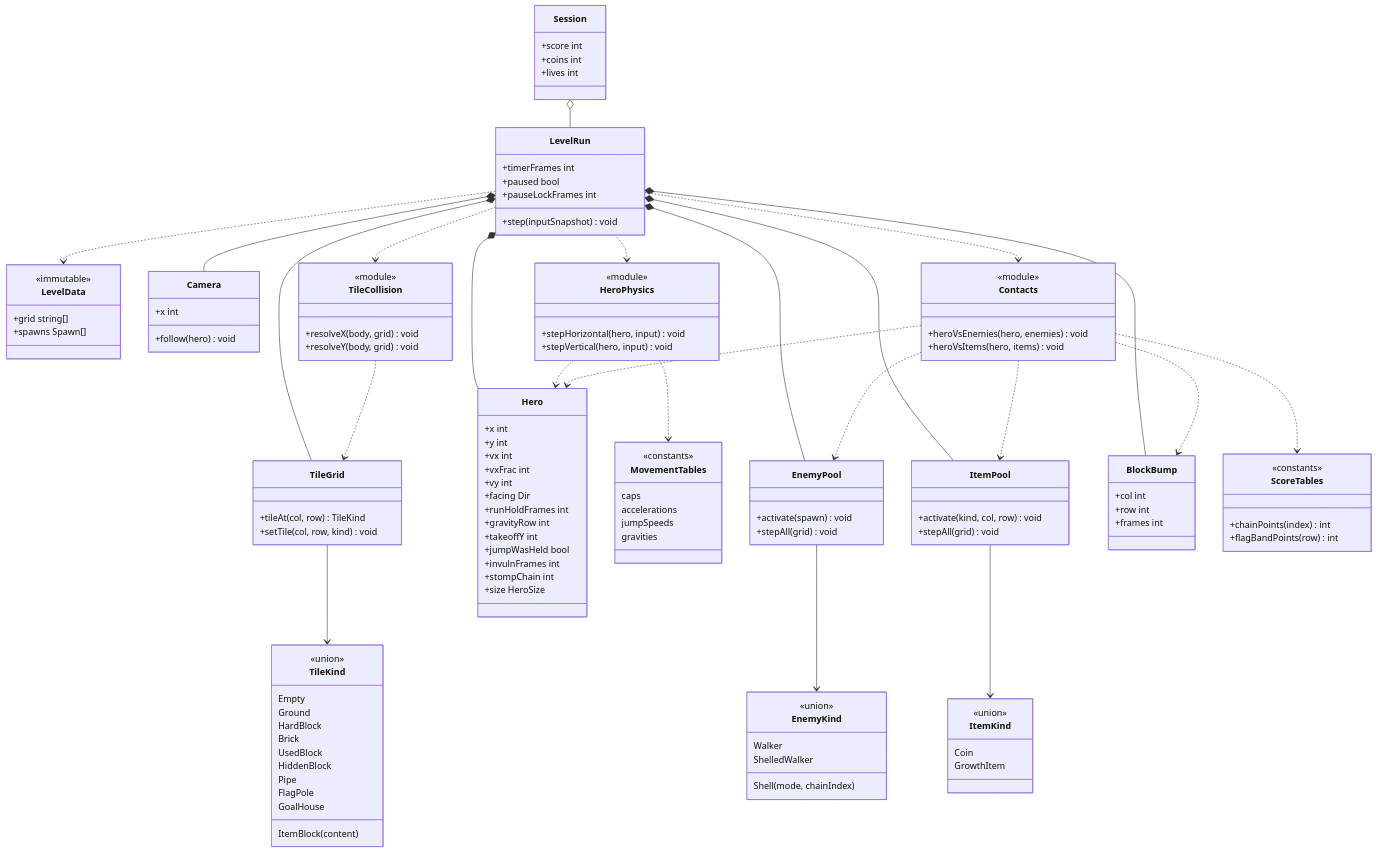
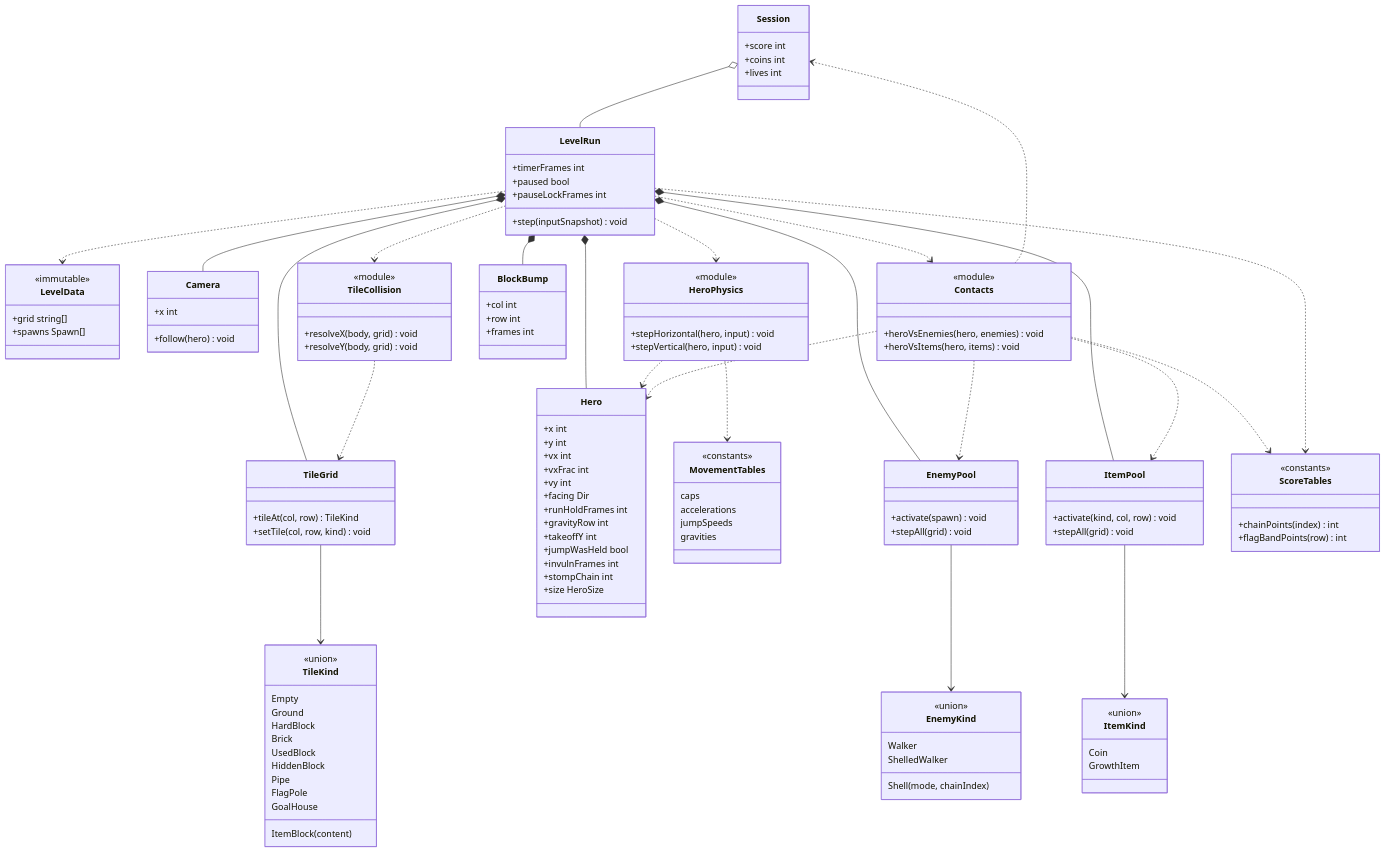
One commit to benoit-bremaud/retro-plumber changed the diagram in docs/architecture/diagrams/gameplay/04-class-domain.md. Above: the diagram before and after it, drawn with Mermaid. The commit also changed other lines of this file and 2 other files, not shown here.

Commit message:
docs(uml): in-place step flow, mutable records, Contacts and LevelRun scoring edges (#8)

````diff
--- a/docs/architecture/diagrams/gameplay/04-class-domain.md
+++ b/docs/architecture/diagrams/gameplay/04-class-domain.md
@@ -134,7 +134,8 @@
     Contacts ..> EnemyPool
     Contacts ..> ItemPool
     Contacts ..> ScoreTables
-    Contacts ..> BlockBump
+    Contacts ..> Session
+    LevelRun ..> ScoreTables
     EnemyPool --> EnemyKind
     ItemPool --> ItemKind
 ```
````
